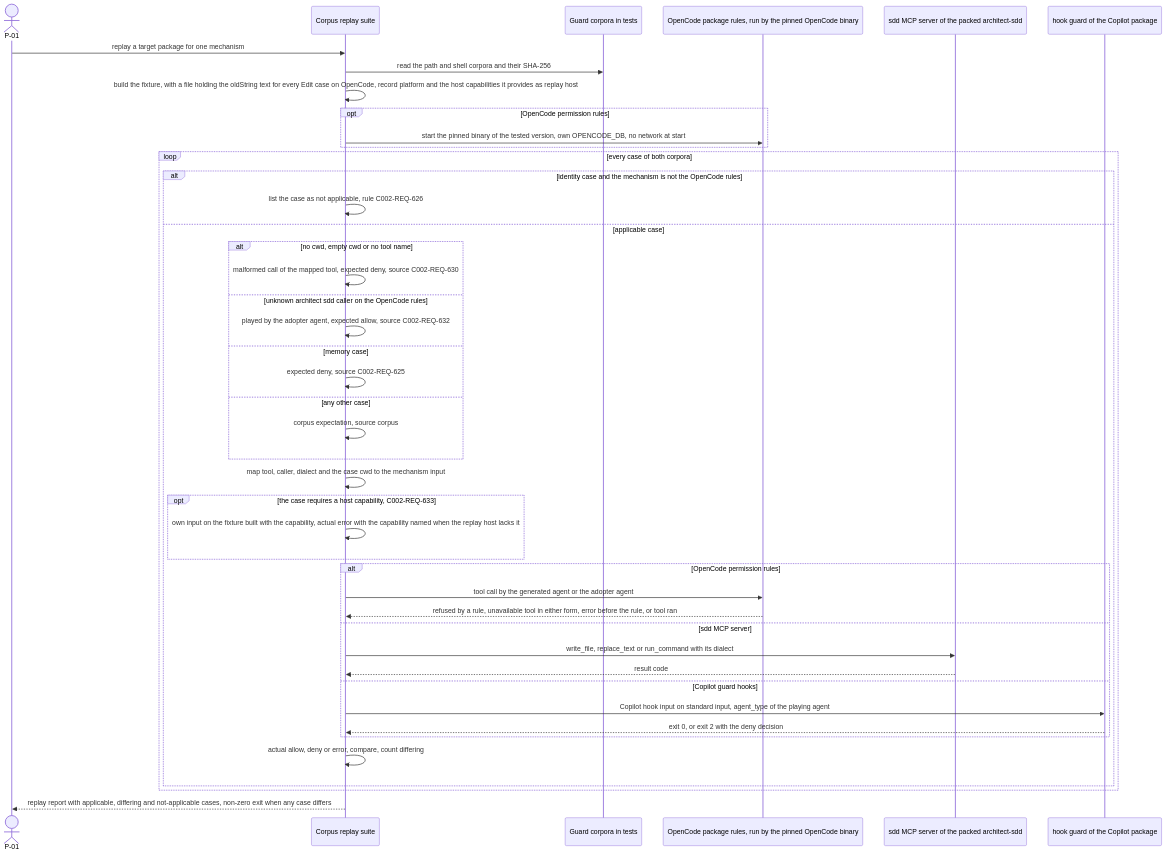
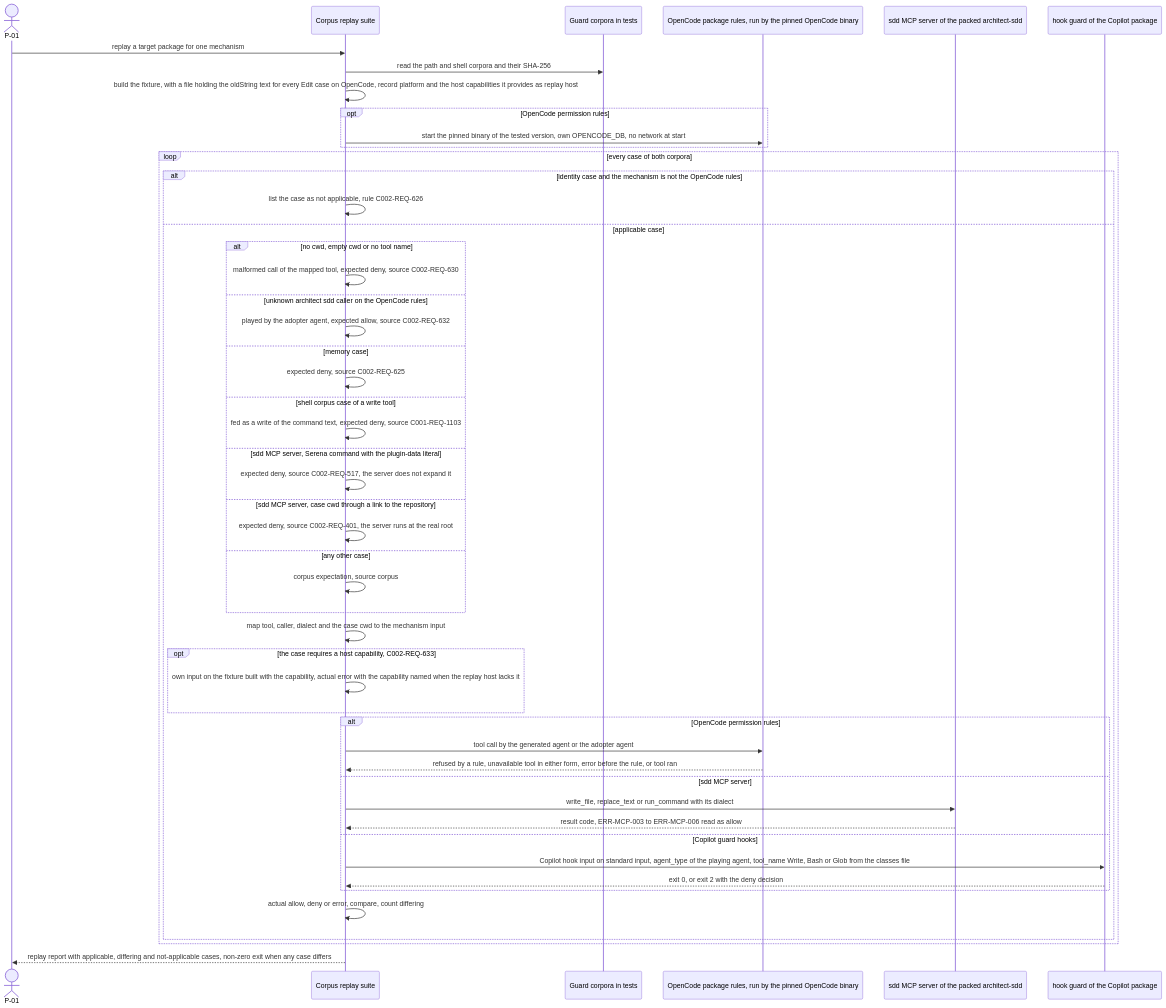
Diagram 12 of 15 in .sdd/002-multi-platform-targets/10-spec/60-architecture/architecture.md (jlacube/spec-architect), drawn with Mermaid before and after one commit. The commit also changed other lines of this file and 10 other files, not shown here.

````diff
--- a/.sdd/002-multi-platform-targets/10-spec/60-architecture/architecture.md
+++ b/.sdd/002-multi-platform-targets/10-spec/60-architecture/architecture.md
@@ -772,47 +804,53 @@
 ```mermaid
 sequenceDiagram
   %% F11 corpus replay with per-mechanism expectations. Realizes C002-TS-608 C002-TS-609 C002-TS-628 C002-TS-629 C002-TS-630 C002-TS-631 C002-TS-643 C002-TS-644 C002-TS-645 C002-TS-646 C002-TS-647
   actor P01 as P-01
   participant C002_COMP_008 as Corpus replay suite
   participant C002_COMP_013 as Guard corpora in tests
   participant C002_COMP_003 as OpenCode package rules, run by the pinned OpenCode binary
   participant C002_COMP_005 as sdd MCP server of the packed architect-sdd
   participant C002_COMP_012 as hook guard of the Copilot package
   P01->>C002_COMP_008: replay a target package for one mechanism
   C002_COMP_008->>C002_COMP_013: read the path and shell corpora and their SHA-256
   C002_COMP_008->>C002_COMP_008: build the fixture, with a file holding the oldString text for every Edit case on OpenCode, record platform and the host capabilities it provides as replay host
   opt OpenCode permission rules
     C002_COMP_008->>C002_COMP_003: start the pinned binary of the tested version, own OPENCODE_DB, no network at start
   end
   loop every case of both corpora
     alt identity case and the mechanism is not the OpenCode rules
       C002_COMP_008->>C002_COMP_008: list the case as not applicable, rule C002-REQ-626
     else applicable case
       alt no cwd, empty cwd or no tool name
         C002_COMP_008->>C002_COMP_008: malformed call of the mapped tool, expected deny, source C002-REQ-630
       else unknown architect sdd caller on the OpenCode rules
         C002_COMP_008->>C002_COMP_008: played by the adopter agent, expected allow, source C002-REQ-632
       else memory case
         C002_COMP_008->>C002_COMP_008: expected deny, source C002-REQ-625
+      else shell corpus case of a write tool
+        C002_COMP_008->>C002_COMP_008: fed as a write of the command text, expected deny, source C001-REQ-1103
+      else sdd MCP server, Serena command with the plugin-data literal
+        C002_COMP_008->>C002_COMP_008: expected deny, source C002-REQ-517, the server does not expand it
+      else sdd MCP server, case cwd through a link to the repository
+        C002_COMP_008->>C002_COMP_008: expected deny, source C002-REQ-401, the server runs at the real root
       else any other case
         C002_COMP_008->>C002_COMP_008: corpus expectation, source corpus
       end
       C002_COMP_008->>C002_COMP_008: map tool, caller, dialect and the case cwd to the mechanism input
       opt the case requires a host capability, C002-REQ-633
         C002_COMP_008->>C002_COMP_008: own input on the fixture built with the capability, actual error with the capability named when the replay host lacks it
       end
       alt OpenCode permission rules
         C002_COMP_008->>C002_COMP_003: tool call by the generated agent or the adopter agent
         C002_COMP_003-->>C002_COMP_008: refused by a rule, unavailable tool in either form, error before the rule, or tool ran
       else sdd MCP server
         C002_COMP_008->>C002_COMP_005: write_file, replace_text or run_command with its dialect
-        C002_COMP_005-->>C002_COMP_008: result code
+        C002_COMP_005-->>C002_COMP_008: result code, ERR-MCP-003 to ERR-MCP-006 read as allow
       else Copilot guard hooks
-        C002_COMP_008->>C002_COMP_012: Copilot hook input on standard input, agent_type of the playing agent
+        C002_COMP_008->>C002_COMP_012: Copilot hook input on standard input, agent_type of the playing agent, tool_name Write, Bash or Glob from the classes file
         C002_COMP_012-->>C002_COMP_008: exit 0, or exit 2 with the deny decision
       end
       C002_COMP_008->>C002_COMP_008: actual allow, deny or error, compare, count differing
     end
   end
   C002_COMP_008-->>P01: replay report with applicable, differing and not-applicable cases, non-zero exit when any case differs
 ```
````
